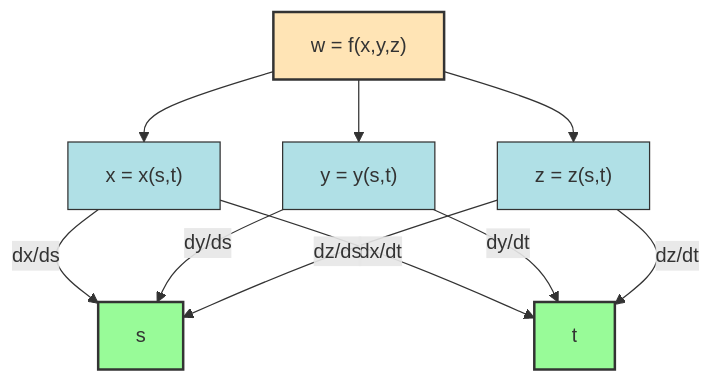
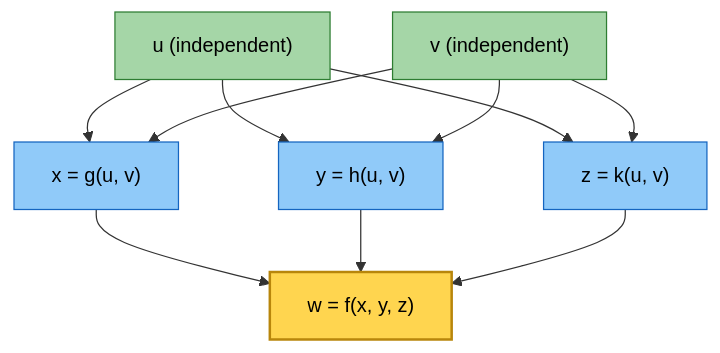
The first of 2 diagrams in public/notes/computer-science-and-engineering/semester-1/gamat101-mathematics-for-information-science-1/03-module-3-the-chain-rule-functions-of-three-variables/the-chain-rule-functions-of-three-variables/notes.md (vishnuu-kr/ktunode), drawn with Mermaid before and after one commit. The commit also changed other lines of this file and 4829 other files, not shown here.

````diff
--- a/public/notes/computer-science-and-engineering/semester-1/gamat101-mathematics-for-information-science-1/03-module-3-the-chain-rule-functions-of-three-variables/the-chain-rule-functions-of-three-variables/notes.md
+++ b/public/notes/computer-science-and-engineering/semester-1/gamat101-mathematics-for-information-science-1/03-module-3-the-chain-rule-functions-of-three-variables/the-chain-rule-functions-of-three-variables/notes.md
@@ -440,19 +313,26 @@
 ```mermaid
 graph TD
-    A["w = f(x,y,z)"] --> P1["x = x(s,t)"]
-    A --> P2["y = y(s,t)"]
-    A --> P3["z = z(s,t)"]
-    P1 -->|dx/ds| L1["s"]
-    P1 -->|dx/dt| L2["t"]
-    P2 -->|dy/ds| L1
-    P2 -->|dy/dt| L2
-    P3 -->|dz/ds| L1
-    P3 -->|dz/dt| L2
+    W["w = f(x, y, z)"]
+    X["x = g(u, v)"]
+    Y["y = h(u, v)"]
+    Z["z = k(u, v)"]
+    U["u (independent)"]
+    V["v (independent)"]
 
-    style A fill:#FFE4B5,stroke:#333,stroke-width:2px
-    style P1 fill:#B0E0E6,stroke:#333,stroke-width:1px
-    style P2 fill:#B0E0E6,stroke:#333,stroke-width:1px
-    style P3 fill:#B0E0E6,stroke:#333,stroke-width:1px
-    style L1 fill:#98FB98,stroke:#333,stroke-width:2px
-    style L2 fill:#98FB98,stroke:#333,stroke-width:2px
+    U --> X
+    U --> Y
+    U --> Z
+    V --> X
+    V --> Y
+    V --> Z
+    X --> W
+    Y --> W
+    Z --> W
+
+    style W fill:#ffd54f,stroke:#b8860b,stroke-width:2px,color:#000
+    style X fill:#90caf9,stroke:#1565c0,color:#000
+    style Y fill:#90caf9,stroke:#1565c0,color:#000
+    style Z fill:#90caf9,stroke:#1565c0,color:#000
+    style U fill:#a5d6a7,stroke:#2e7d32,color:#000
+    style V fill:#a5d6a7,stroke:#2e7d32,color:#000
 ```
````
